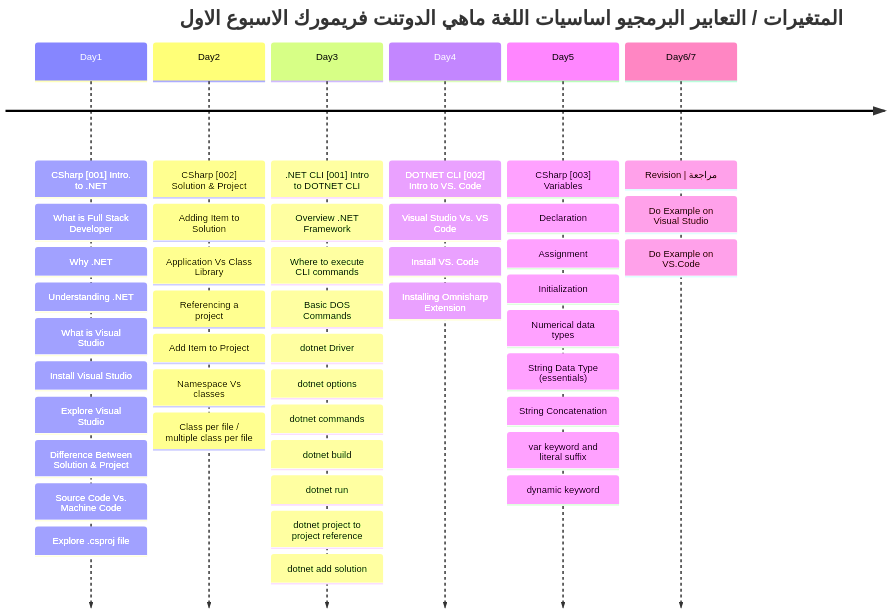
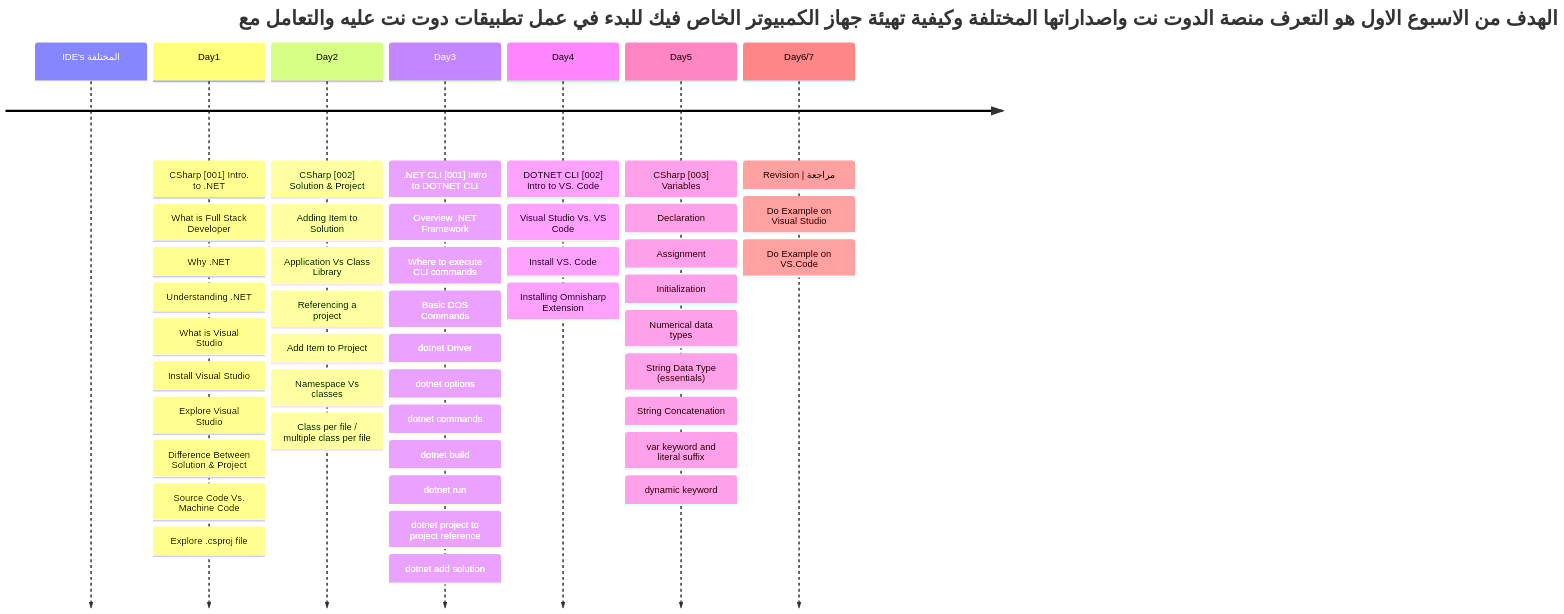
The first of 3 diagrams in README.md (metigator/Roadmap), drawn with Mermaid before and after one commit.

````diff
--- a/README.md
+++ b/README.md
@@ -5,50 +5,51 @@
 ```mermaid
 timeline
-    title  المتغيرات / التعابير البرمجيو اساسيات اللغة ماهي الدوتنت فريمورك  الاسبوع الاول
-    ### الهدف الاول
+    title  الهدف من الاسبوع الاول هو التعرف منصة الدوت نت واصداراتها المختلفة وكيفية تهيئة جهاز الكمبيوتر الخاص فيك للبدء في عمل تطبيقات دوت نت عليه والتعامل مع 
+IDE's المختلفة
+   
     Day1 : CSharp [001] Intro. to .NET
          : What is Full Stack Developer
          : Why .NET
          : Understanding .NET
          : What is Visual Studio
          : Install Visual Studio
          : Explore Visual Studio
          : Difference Between Solution & Project
          : Source Code Vs. Machine Code
          : Explore .csproj file
     Day2 : CSharp [002] Solution & Project
          : Adding Item to Solution
          : Application Vs Class Library
          : Referencing a project
          : Add Item to Project
          : Namespace Vs classes
          : Class per file / multiple class per file 
     Day3 : .NET CLI [001] Intro to DOTNET CLI
          : Overview .NET Framework
          : Where to execute CLI commands
          : Basic DOS Commands
          : dotnet Driver
          : dotnet options
          : dotnet commands
          : dotnet build
          : dotnet run
          : dotnet project to project reference
          : dotnet add solution
     Day4 : DOTNET CLI [002] Intro to VS. Code
          : Visual Studio Vs. VS Code
          : Install VS. Code
          : Installing Omnisharp Extension
     Day5 : CSharp [003] Variables 
          : Declaration
          : Assignment
          : Initialization
          : Numerical data types
          : String Data Type (essentials)
          : String Concatenation
          : var keyword and literal suffix
          : dynamic keyword
   Day6/7 : Revision | مراجعة
          : Do Example on Visual Studio
          : Do Example on VS.Code
          
 ```
````
